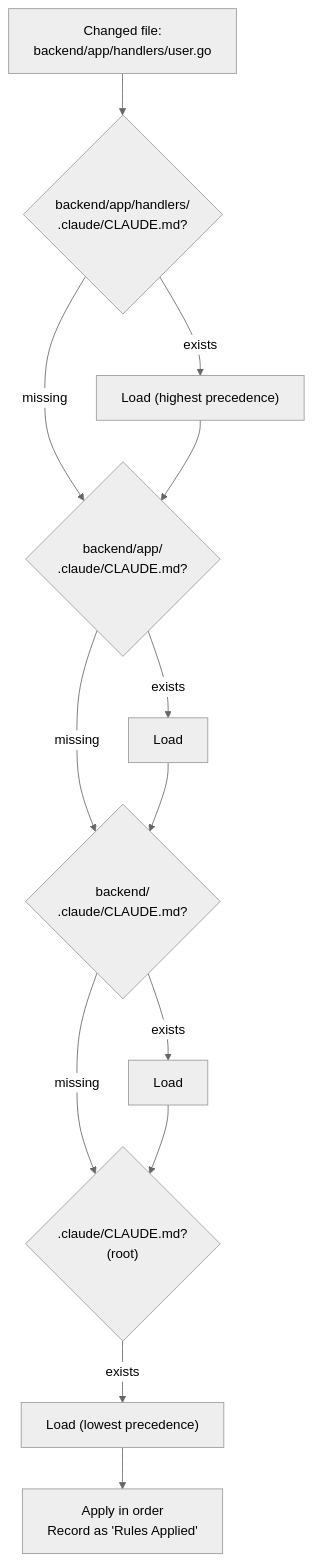
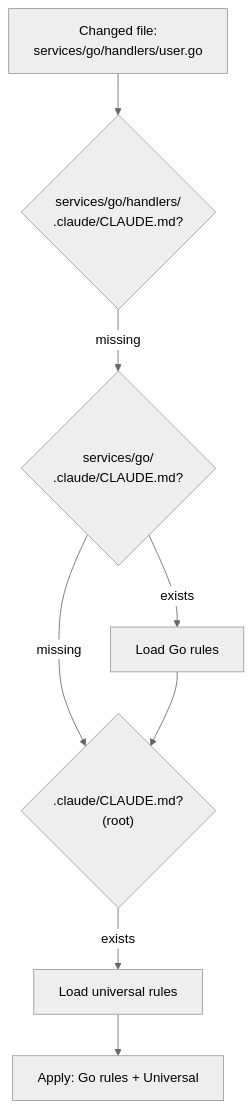
The third of 5 diagrams in ARCHITECTURE.md (peteski22/claude-pragma), drawn with Mermaid (neutral theme) before and after one commit. The commit also changed other lines of this file and 8 other files, not shown here.

````diff
--- a/ARCHITECTURE.md
+++ b/ARCHITECTURE.md
@@ -124,21 +131,16 @@
 ```mermaid
 flowchart TD
-    File["Changed file:<br/>backend/app/handlers/user.go"]
+    File["Changed file:<br/>services/go/handlers/user.go"]
 
-    File --> Check1{"backend/app/handlers/<br/>.claude/CLAUDE.md?"}
-    Check1 -->|exists| Rule1["Load (highest precedence)"]
+    File --> Check1{"services/go/handlers/<br/>.claude/CLAUDE.md?"}
     Check1 -->|missing| Check2
 
-    Rule1 --> Check2{"backend/app/<br/>.claude/CLAUDE.md?"}
-    Check2 -->|exists| Rule2["Load"]
+    Check2{"services/go/<br/>.claude/CLAUDE.md?"}
+    Check2 -->|exists| Rule2["Load Go rules"]
     Check2 -->|missing| Check3
 
-    Rule2 --> Check3{"backend/<br/>.claude/CLAUDE.md?"}
-    Check3 -->|exists| Rule3["Load"]
-    Check3 -->|missing| Check4
+    Rule2 --> Check3{".claude/CLAUDE.md?<br/>(root)"}
+    Check3 -->|exists| Rule3["Load universal rules"]
 
-    Rule3 --> Check4{".claude/CLAUDE.md?<br/>(root)"}
-    Check4 -->|exists| Rule4["Load (lowest precedence)"]
-
-    Rule4 --> Apply["Apply in order<br/>Record as 'Rules Applied'"]
+    Rule3 --> Apply["Apply: Go rules + Universal"]
 ```
````
